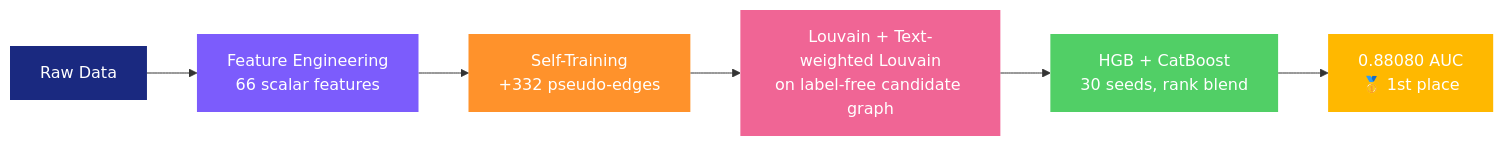
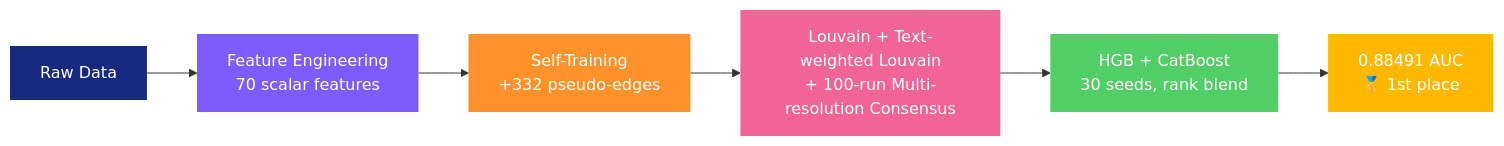
One commit to helloelora/graph-data-challenge changed the diagram in README.md. Above: the diagram before and after it, drawn with Mermaid. The commit also changed other lines of this file, not shown here.

````diff
--- a/README.md
+++ b/README.md
@@ -23,15 +23,15 @@
 ```mermaid
 flowchart LR
-    A[Raw Data] --> B[Feature Engineering<br/>66 scalar features]
+    A[Raw Data] --> B[Feature Engineering<br/>70 scalar features]
     B --> C[Self-Training<br/>+332 pseudo-edges]
-    C --> D[Louvain + Text-weighted Louvain<br/>on label-free candidate graph]
+    C --> D[Louvain + Text-weighted Louvain<br/>+ 100-run Multi-resolution Consensus]
     D --> E[HGB + CatBoost<br/>30 seeds, rank blend]
-    E --> F[0.88080 AUC<br/>🥇 1st place]
+    E --> F[0.88491 AUC<br/>🥇 1st place]
 
     style A fill:#1A2980,color:#fff,stroke:none
     style B fill:#7C5CFC,color:#fff,stroke:none
     style C fill:#FF922B,color:#fff,stroke:none
     style D fill:#F06595,color:#fff,stroke:none
     style E fill:#51CF66,color:#fff,stroke:none
     style F fill:#FFB800,color:#fff,stroke:none
 ```
````
